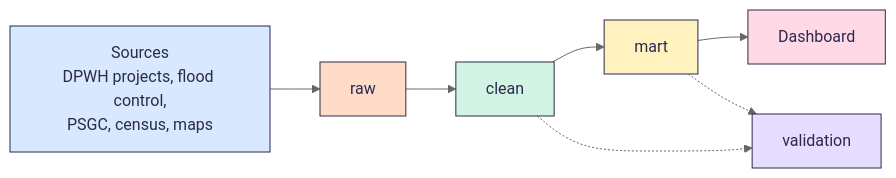
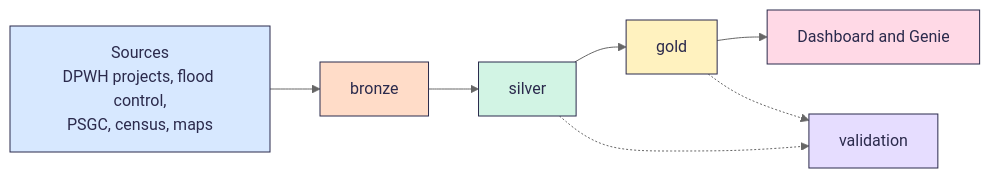
One commit to czekinah/buildabida-capstone changed the diagram in README.md. Above: the diagram before and after it, drawn with Mermaid (neutral theme). The commit also changed other lines of this file and 1 other file, not shown here.

Commit message:
Add our brief and AI rules, and rename layers to bronze, silver and gold

````diff
--- a/README.md
+++ b/README.md
@@ -33,15 +39,15 @@
 ```mermaid
 flowchart LR
-    S["Sources<br>DPWH projects, flood control,<br>PSGC, census, maps"]:::src --> R["raw"]:::raw
-    R --> C["clean"]:::clean
-    C --> M["mart"]:::mart
-    M --> D["Dashboard"]:::dash
-    C -.-> V["validation"]:::val
-    M -.-> V
+    S["Sources<br>DPWH projects, flood control,<br>PSGC, census, maps"]:::src --> B["bronze"]:::bronze
+    B --> SV["silver"]:::silver
+    SV --> G["gold"]:::gold
+    G --> D["Dashboard and Genie"]:::dash
+    SV -.-> V["validation"]:::val
+    G -.-> V
     classDef src fill:#D7E8FF,stroke:#2B2A4C,color:#2B2A4C
-    classDef raw fill:#FFDCC8,stroke:#2B2A4C,color:#2B2A4C
-    classDef clean fill:#D2F4E4,stroke:#2B2A4C,color:#2B2A4C
-    classDef mart fill:#FFF2BF,stroke:#2B2A4C,color:#2B2A4C
+    classDef bronze fill:#FFDCC8,stroke:#2B2A4C,color:#2B2A4C
+    classDef silver fill:#D2F4E4,stroke:#2B2A4C,color:#2B2A4C
+    classDef gold fill:#FFF2BF,stroke:#2B2A4C,color:#2B2A4C
     classDef val fill:#E6DDFF,stroke:#2B2A4C,color:#2B2A4C
     classDef dash fill:#FFD9E6,stroke:#2B2A4C,color:#2B2A4C
 ```
````
